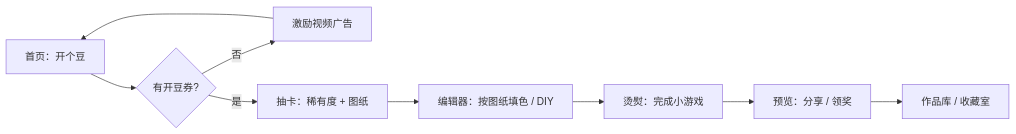
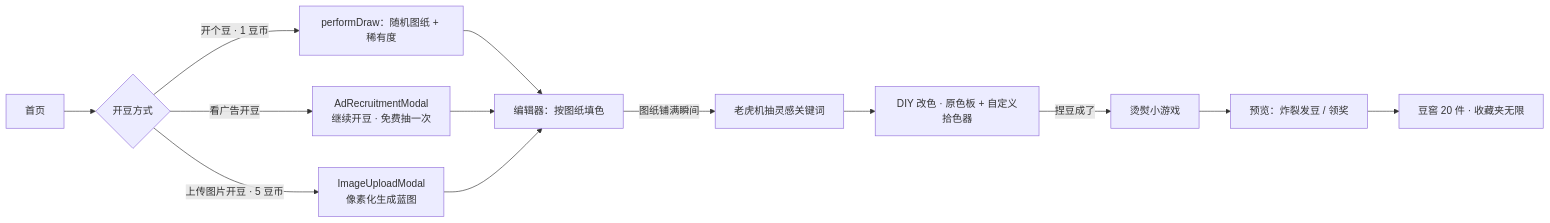
One commit to Fyuan0206/Whatsdot2.0 changed the diagram in README.md. Above: the diagram before and after it, drawn with Mermaid. The commit also changed other lines of this file and 27 other files, not shown here.

````diff
--- a/README.md
+++ b/README.md
@@ -45,11 +47,15 @@
 ```mermaid
 flowchart LR
-  A[首页：开个豆] --> B{有开豆券?}
-  B -->|否| C[激励视频广告]
-  C --> A
-  B -->|是| D[抽卡：稀有度 + 图纸]
-  D --> E[编辑器：按图纸填色 / DIY]
-  E --> F[烫熨：完成小游戏]
-  F --> G[预览：分享 / 领奖]
-  G --> H[作品库 / 收藏室]
+  A[首页] --> B{开豆方式}
+  B -->|开个豆 · 1 豆币| C[performDraw：随机图纸 + 稀有度]
+  B -->|看广告开豆| D[AdRecruitmentModal<br/>继续开豆 · 免费抽一次]
+  B -->|上传图片开豆 · 5 豆币| E[ImageUploadModal<br/>像素化生成蓝图]
+  C --> F[编辑器：按图纸填色]
+  D --> F
+  E --> F
+  F -->|图纸铺满瞬间| G[老虎机抽灵感关键词]
+  G --> H[DIY 改色 · 原色板 + 自定义拾色器]
+  H -->|捏豆成了| I[烫熨小游戏]
+  I --> J[预览：炸裂发豆 / 领奖]
+  J --> K[豆窖 20 件 · 收藏夹无限]
 ```
````
